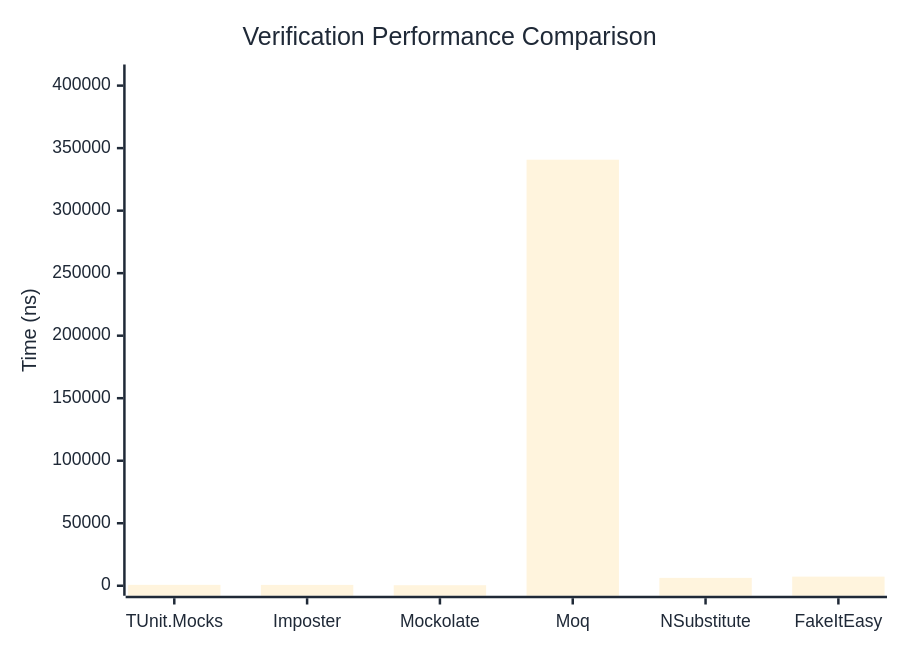
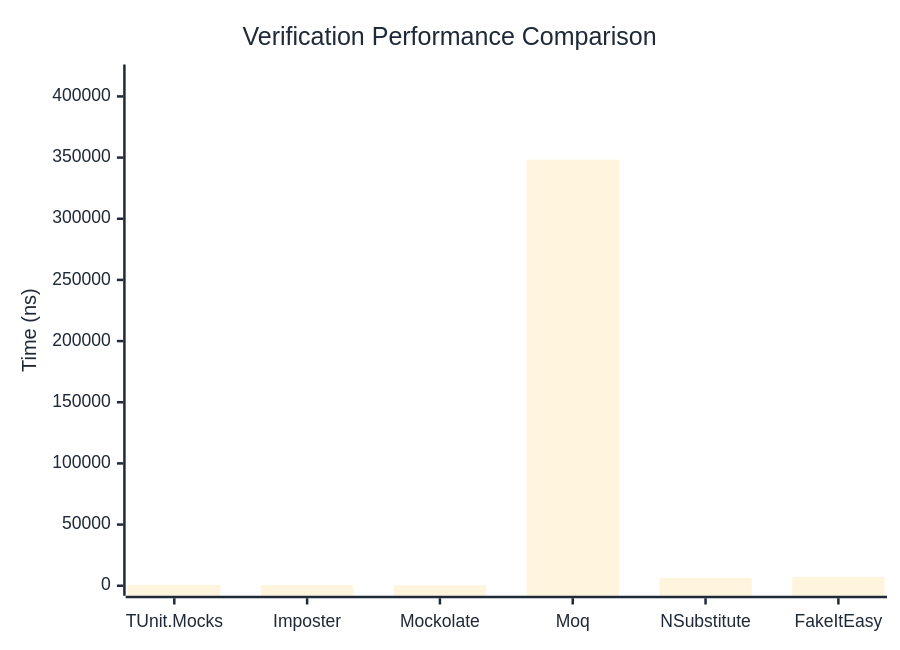
One commit to thomhurst/TUnit changed the first of 3 diagrams in docs/docs/benchmarks/mocks/Verification.md. Above: the diagram before and after it, drawn with Mermaid. The commit also changed other lines of this file and 14 other files, not shown here.

````diff
--- a/docs/docs/benchmarks/mocks/Verification.md
+++ b/docs/docs/benchmarks/mocks/Verification.md
@@ -30,27 +30,27 @@
 ```mermaid
 %%{init: {
   'theme':'base',
   'themeVariables': {
     'primaryColor': '#2563eb',
     'primaryTextColor': '#1f2937',
     'primaryBorderColor': '#1e40af',
     'lineColor': '#6b7280',
     'secondaryColor': '#7c3aed',
     'tertiaryColor': '#dc2626',
     'background': '#ffffff',
     'pie1': '#2563eb',
     'pie2': '#7c3aed',
     'pie3': '#dc2626',
     'pie4': '#f59e0b',
     'pie5': '#10b981',
     'pie6': '#06b6d4',
     'pie7': '#ec4899',
     'pie8': '#6366f1'
   }
 }}%%
 xychart-beta
   title "Verification Performance Comparison"
   x-axis ["TUnit.Mocks", "Imposter", "Mockolate", "Moq", "NSubstitute", "FakeItEasy"]
-  y-axis "Time (ns)" 0 --> 408891
-  bar [718.76, 674.59, 419.47, 340742.25, 6288.57, 7295.57]
+  y-axis "Time (ns)" 0 --> 417915
+  bar [709.7, 671.96, 419.05, 348262.33, 6294.92, 7243.91]
 ```
````
